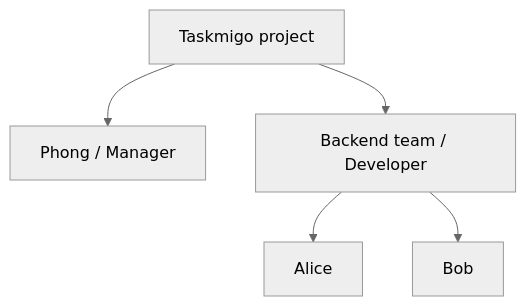
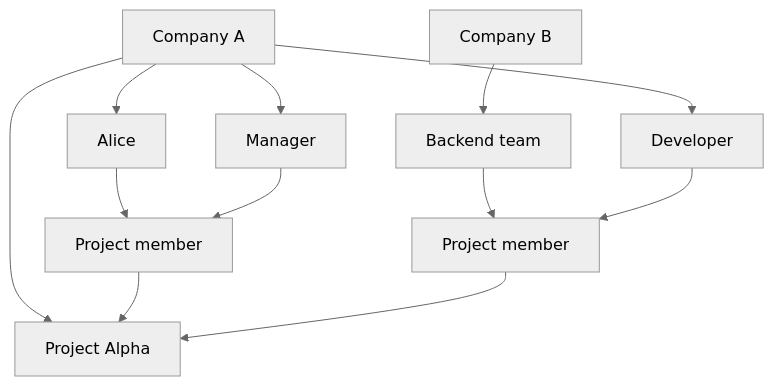
The diagram in content/versions/v0/manuals/projects.mdx (taskmigo/docs), drawn with Mermaid (neutral theme) before and after one commit. The commit also changed other lines of this file and 23 other files, not shown here.

````diff
--- a/content/versions/v0/manuals/projects.mdx
+++ b/content/versions/v0/manuals/projects.mdx
@@ -26,7 +30,17 @@
 ```mermaid
 flowchart TD
-  project[Taskmigo project] --> phong[Phong / Manager]
-  project --> backend[Backend team / Developer]
-  backend --> alice[Alice]
-  backend --> bob[Bob]
+  customer[Company A] --> project[Project Alpha]
+  customer --> managerRole[Manager]
+  customer --> developerRole[Developer]
+
+  customer --> alice[Alice]
+  vendor[Company B] --> team[Backend team]
+
+  alice --> aliceMembership[Project member]
+  managerRole --> aliceMembership
+  aliceMembership --> project
+
+  team --> teamMembership[Project member]
+  developerRole --> teamMembership
+  teamMembership --> project
 ```
````
